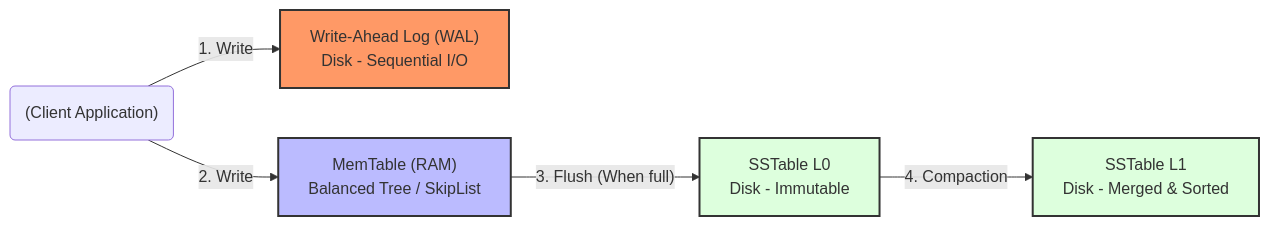
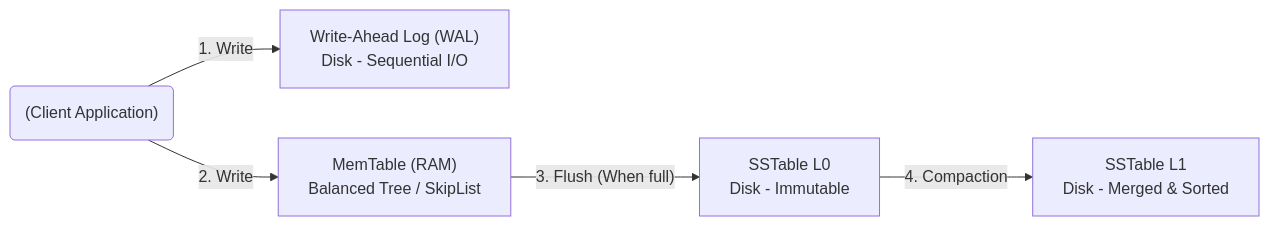
One commit to kythuatdulieu/kythuatdulieu.github.io changed the second of 2 diagrams in src/content/docs/concepts/3-storage-engines-formats/b-tree-vs-lsm-tree.md. Above: the diagram before and after it, drawn with Mermaid. The commit also changed other lines of this file and 686 other files, not shown here.

````diff
--- a/src/content/docs/concepts/3-storage-engines-formats/b-tree-vs-lsm-tree.md
+++ b/src/content/docs/concepts/3-storage-engines-formats/b-tree-vs-lsm-tree.md
@@ -62,12 +61,11 @@
 ```mermaid
 flowchart LR
     Client("(Client Application)") --> |1. Write| WAL["Write-Ahead Log (WAL)<br/>Disk - Sequential I/O"]
     Client --> |2. Write| MemTable["MemTable (RAM)<br/>Balanced Tree / SkipList"]
     MemTable --> |"3. Flush (When full)"| SST1["SSTable L0<br/>Disk - Immutable"]
     SST1 --> |4. Compaction| SST2["SSTable L1<br/>Disk - Merged & Sorted"]
-    
-    style MemTable fill:#bbf,stroke:#333,stroke-width:2px
-    style WAL fill:#f96,stroke:#333,stroke-width:2px
-    style SST1 fill:#dfd,stroke:#333,stroke-width:2px
-    style SST2 fill:#dfd,stroke:#333,stroke-width:2px
+
+
+
+
 ```
````
